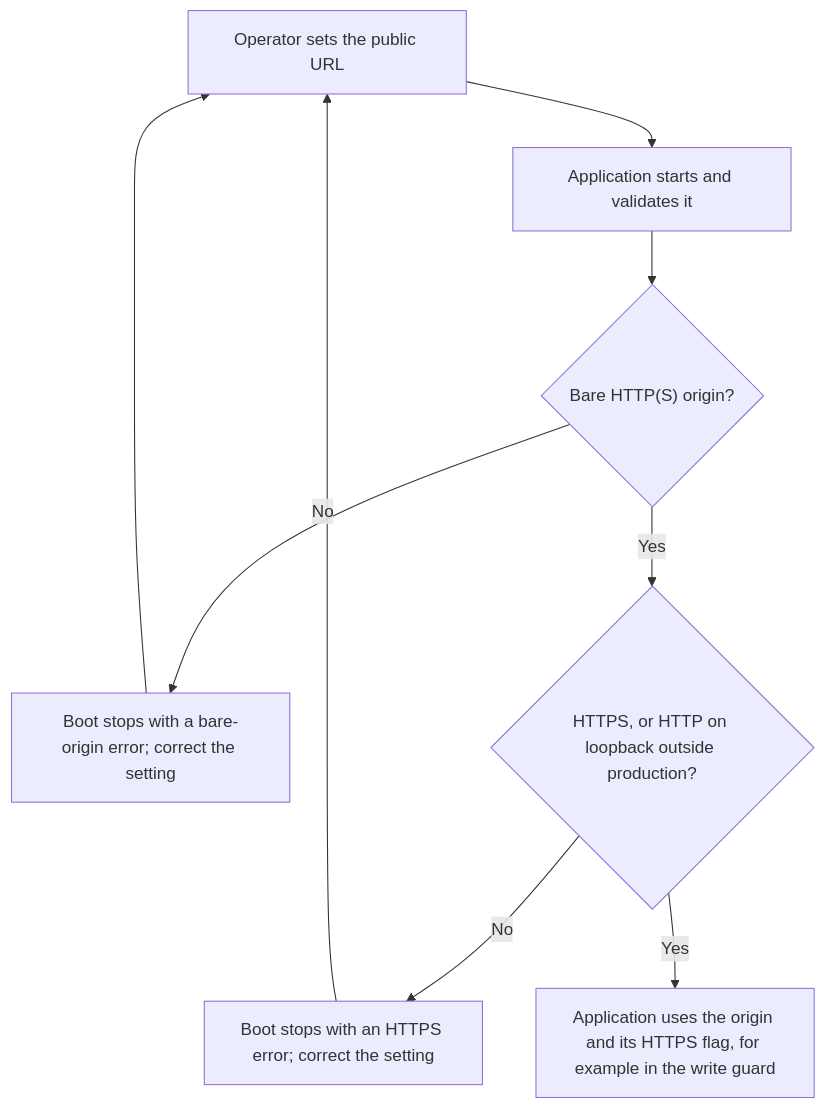
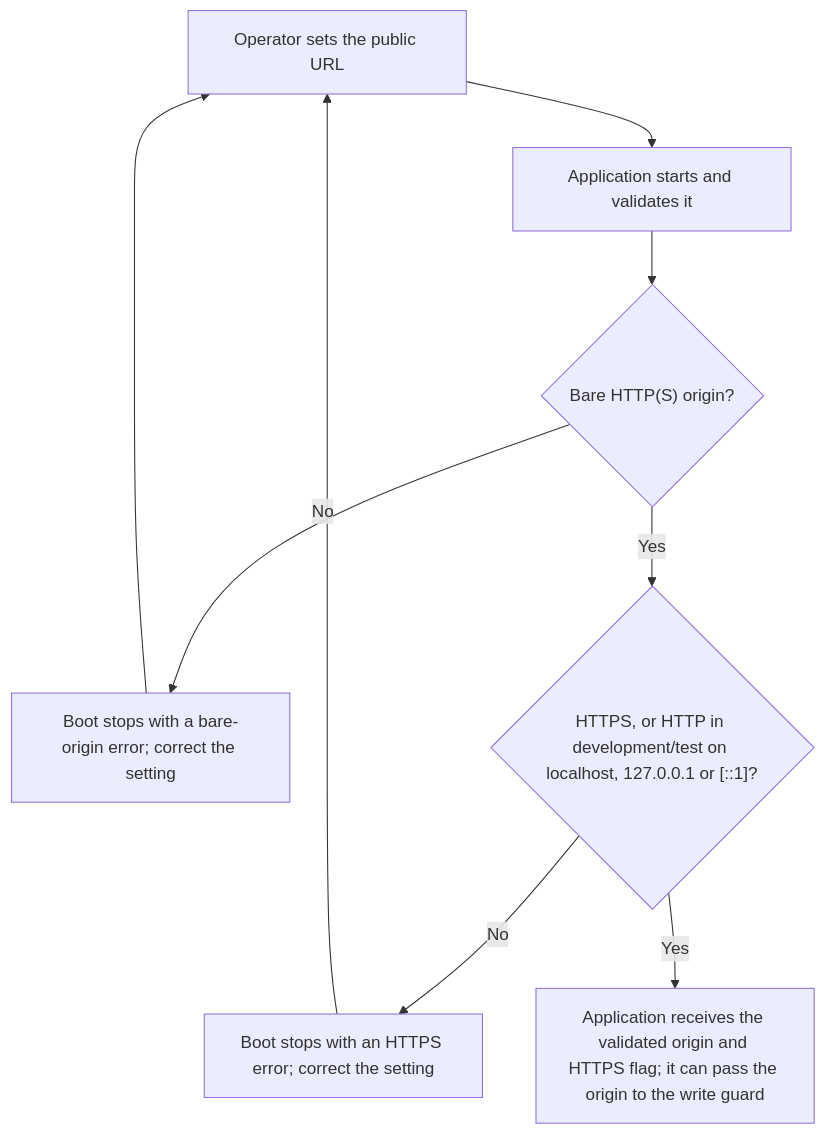
The first of 2 diagrams in user-stories/US-ORIGIN-02-validate-public-origin.md (Kevinjohn/oss-adonisjs-origin-guard), drawn with Mermaid before and after one commit. The commit also changed other lines of this file and 4 other files, not shown here.

````diff
--- a/user-stories/US-ORIGIN-02-validate-public-origin.md
+++ b/user-stories/US-ORIGIN-02-validate-public-origin.md
@@ -27,11 +27,11 @@
 ```mermaid
 flowchart TD
     A["Operator sets the public URL"] --> B["Application starts and validates it"]
     B --> C{"Bare HTTP(S) origin?"}
     C -->|No| D["Boot stops with a bare-origin error; correct the setting"]
-    C -->|Yes| E{"HTTPS, or HTTP on loopback outside production?"}
+    C -->|Yes| E{"HTTPS, or HTTP in development/test on localhost, 127.0.0.1 or [::1]?"}
     E -->|No| F["Boot stops with an HTTPS error; correct the setting"]
-    E -->|Yes| G["Application uses the origin and its HTTPS flag, for example in the write guard"]
+    E -->|Yes| G["Application receives the validated origin and HTTPS flag; it can pass the origin to the write guard"]
     D --> A
     F --> A
 ```
````
